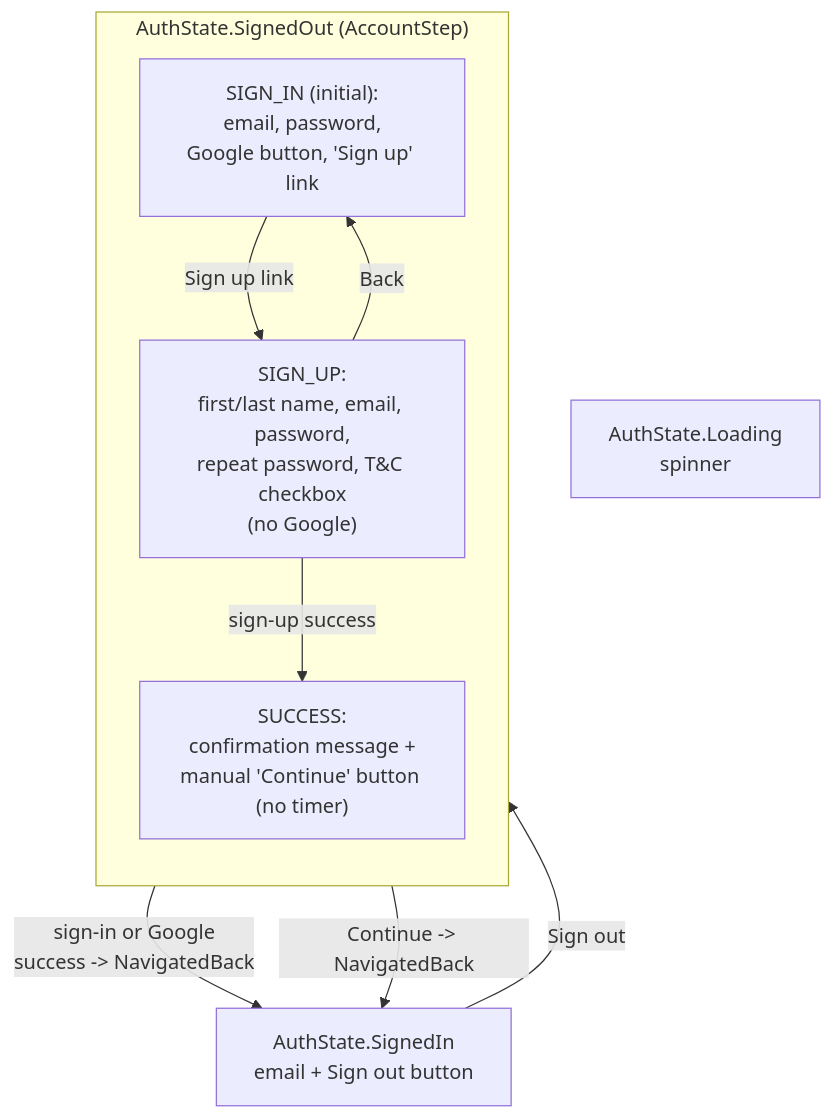
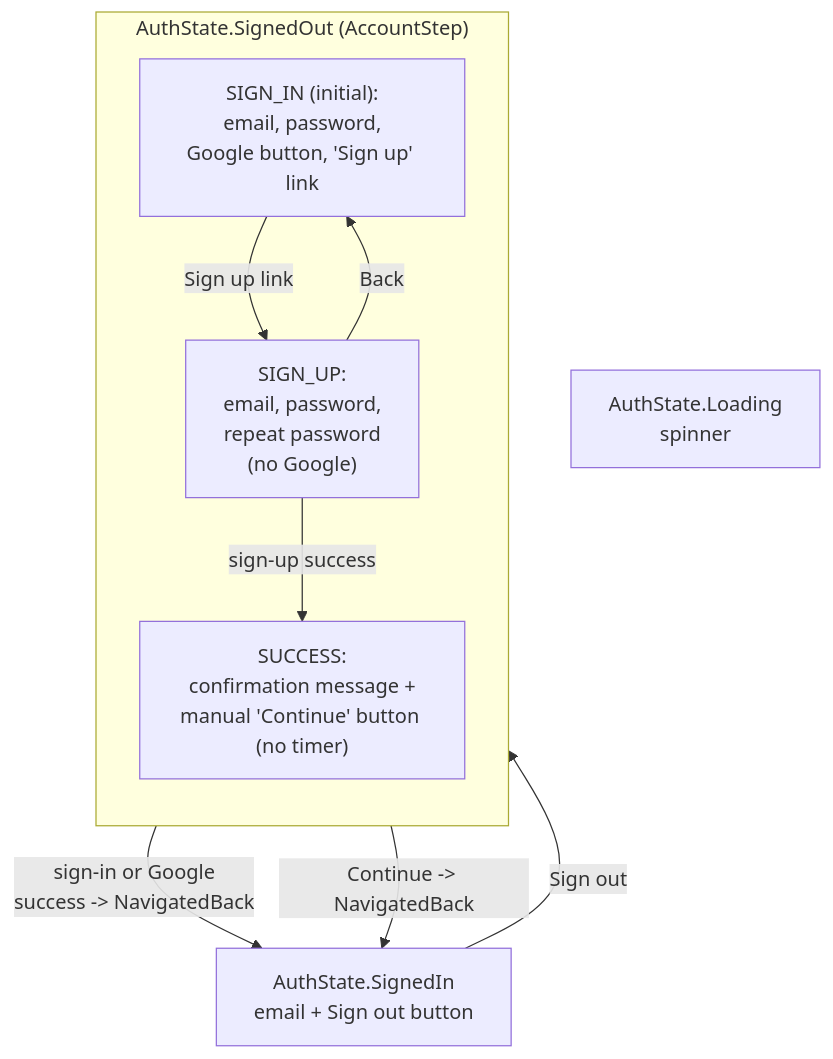
One commit to janekluczka/TodayWas changed the third of 4 diagrams in context/changes/supabase-auth-foundation/navigation-schema.md. Above: the diagram before and after it, drawn with Mermaid. The commit also changed other lines of this file and 8 other files, not shown here.

````diff
--- a/context/changes/supabase-auth-foundation/navigation-schema.md
+++ b/context/changes/supabase-auth-foundation/navigation-schema.md
@@ -86,20 +86,20 @@
 ```mermaid
 flowchart TD
     Loading[AuthState.Loading<br/>spinner]
     SignedIn[AuthState.SignedIn<br/>email + Sign out button]
 
     subgraph SignedOut["AuthState.SignedOut (AccountStep)"]
         direction TD
         SignIn["SIGN_IN (initial):<br/>email, password,<br/>Google button, 'Sign up' link"]
-        SignUp["SIGN_UP:<br/>first/last name, email, password,<br/>repeat password, T&C checkbox<br/>(no Google)"]
+        SignUp["SIGN_UP:<br/>email, password,<br/>repeat password<br/>(no Google)"]
         Success["SUCCESS:<br/>confirmation message +<br/>manual 'Continue' button (no timer)"]
 
         SignIn -- "Sign up" link --> SignUp
         SignUp -- "Back" --> SignIn
     end
 
     SignIn -- "sign-in or Google<br/>success -> NavigatedBack" --> SignedIn
     SignUp -- "sign-up success" --> Success
     Success -- "Continue -> NavigatedBack" --> SignedIn
     SignedIn -- "Sign out" --> SignIn
 ```
````
